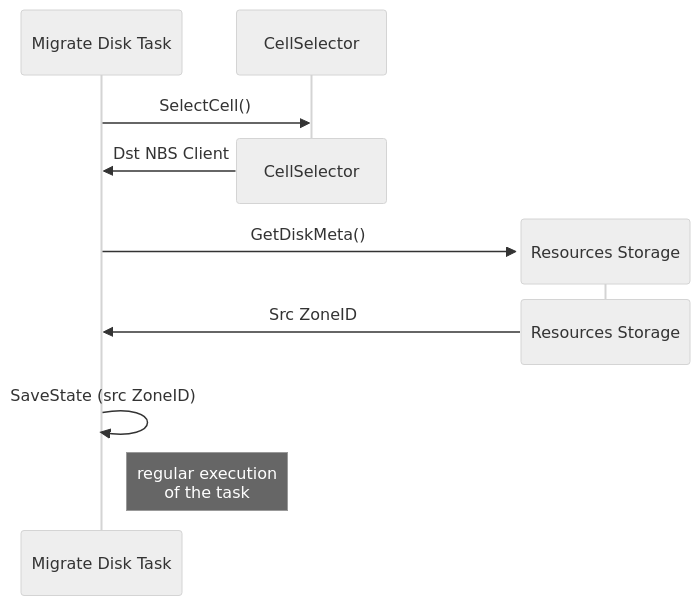
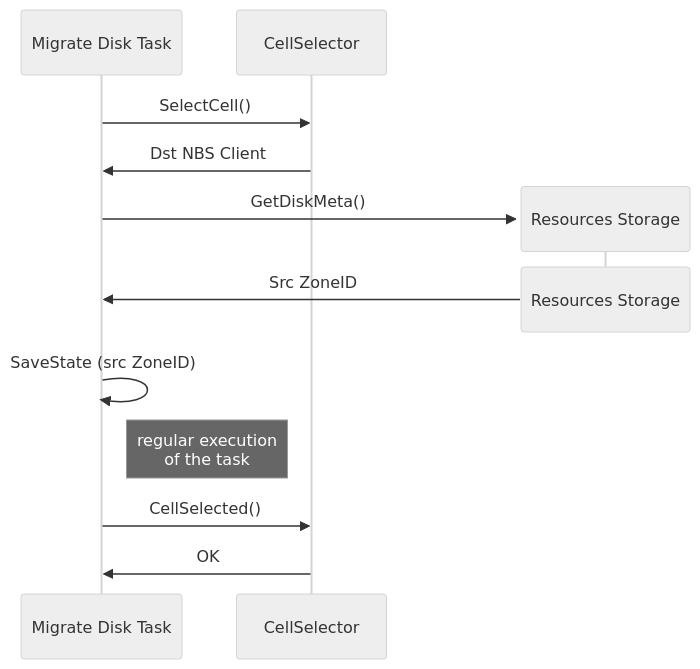
Before and after one commit to ydb-platform/nbs: the second of 3 diagrams in doc/disk_manager/cells/design_doc.md, drawn with Mermaid (neutral theme). The commit also changed other lines of this file, not shown here.

````diff
--- a/doc/disk_manager/cells/design_doc.md
+++ b/doc/disk_manager/cells/design_doc.md
@@ -71,17 +93,19 @@
 ```mermaid
 sequenceDiagram
     participant migrateTask as Migrate Disk Task
     participant CellSelector
 
     migrateTask->>CellSelector:SelectCell()
-    destroy CellSelector
     CellSelector->>migrateTask:Dst NBS Client
 
     create participant storage as Resources Storage
     migrateTask->>storage:GetDiskMeta()
     destroy storage
     storage->>migrateTask:Src ZoneID
 
     migrateTask->>migrateTask: SaveState (src ZoneID)
     Note right of migrateTask: regular execution <br> of the task
+
+    migrateTask->>CellSelector:CellSelected()
+    CellSelector->>migrateTask:OK
 ```
````
